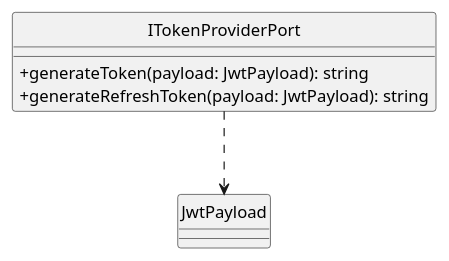
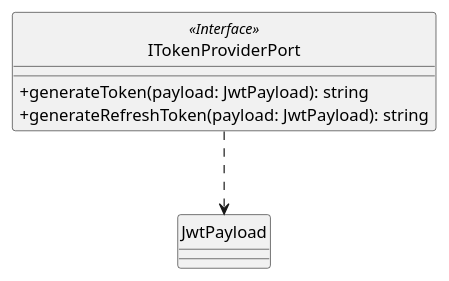
One commit to SkarabGroup/DocumentazioneProgetto changed the diagram in assets/st_diagrams/code/plantuml/account/application/ports/ITokenProvider.port.plantuml. Above: the diagram before and after it, drawn with PlantUML. The commit also changed 107 other files, not shown here.

Commit message:
Fixed all diagrams with interfaces

```diff
--- a/assets/st_diagrams/code/plantuml/account/application/ports/ITokenProvider.port.plantuml
+++ b/assets/st_diagrams/code/plantuml/account/application/ports/ITokenProvider.port.plantuml
@@ -1,18 +1,18 @@
 @startuml ITokenProviderPort
 
 skinparam componentStyle uml2.5
 skinparam linetype ortho
 skinparam nodesep auto
 skinparam ranksep 70
 skinparam ClassAttributeIconSize 0
 hide circles
 
-class ITokenProviderPort {
+class ITokenProviderPort <<Interface>> {
     + generateToken(payload: JwtPayload): string
     + generateRefreshToken(payload: JwtPayload): string
 }
 
 ' Relations
 ITokenProviderPort ..> JwtPayload
 
 @enduml
```
